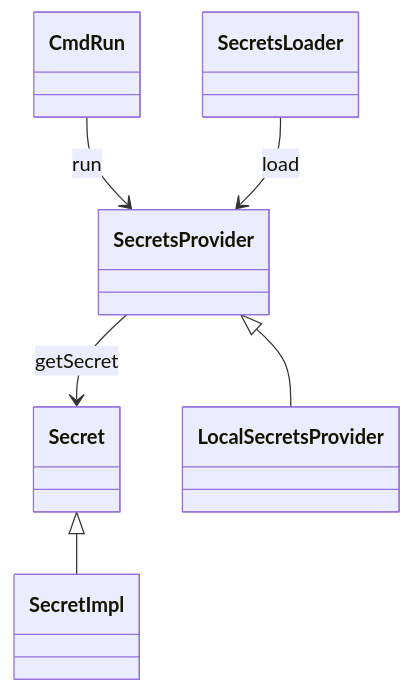
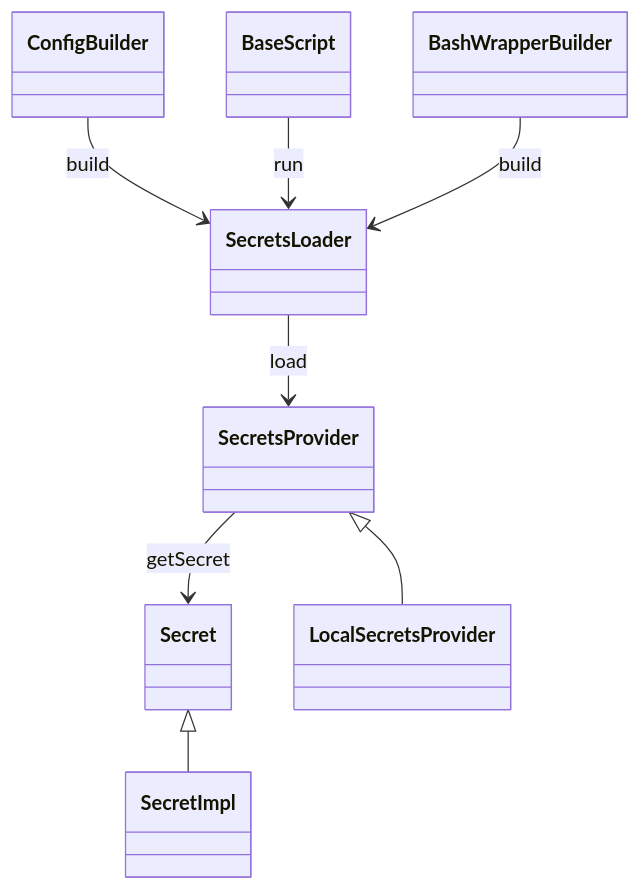
Before and after one commit to nextflow-io/nextflow: the diagram in docs/developer/diagrams/nextflow.secret.mmd, drawn with Mermaid. The commit also changed 16 other files, not shown here.

Commit message:
Update developer diagrams

```diff
--- a/docs/developer/diagrams/nextflow.secret.mmd
+++ b/docs/developer/diagrams/nextflow.secret.mmd
@@ -1,10 +1,12 @@
 classDiagram
     %%
     %% nextflow.secret
     %%
-    CmdRun --> SecretsProvider : run
+    ConfigBuilder --> SecretsLoader : build
+    BaseScript --> SecretsLoader : run
+    BashWrapperBuilder --> SecretsLoader : build
 
     SecretsLoader --> SecretsProvider : load
     SecretsProvider --> Secret : getSecret
     SecretsProvider <|-- LocalSecretsProvider
     Secret <|-- SecretImpl
```
